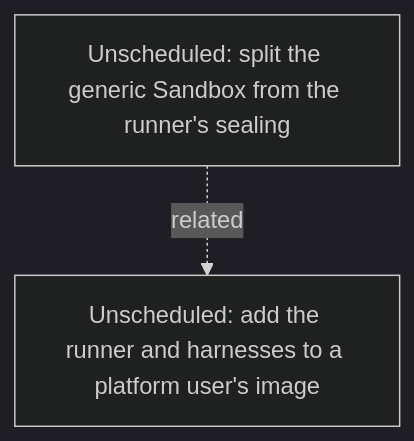
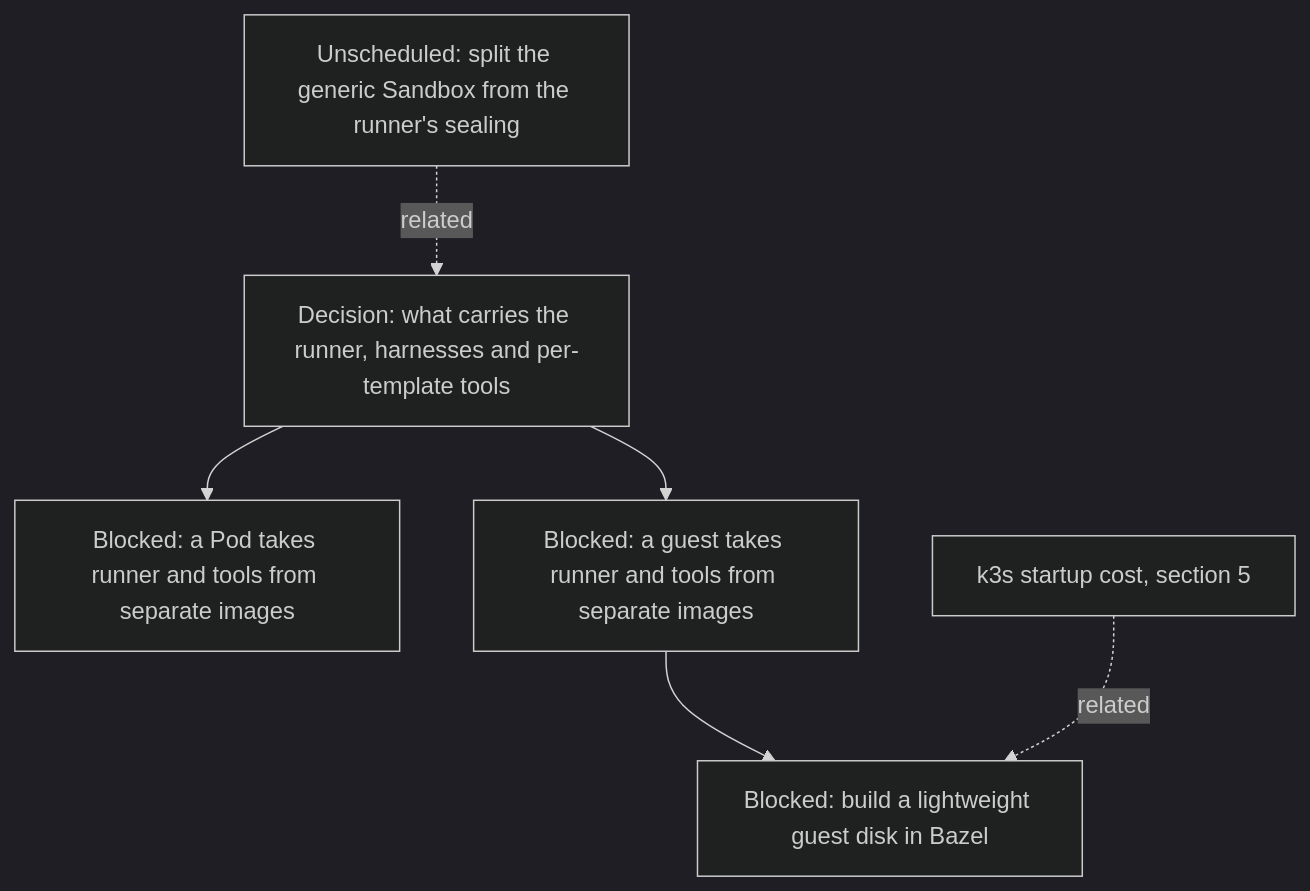
Before and after one commit to agentydragon-agent/ducktape: diagram 11 of 15 in agentplane/plans/task_dag.md, drawn with Mermaid (dark theme). The commit also changed other lines of this file, not shown here.

First line of the commit message:
docs(agentplane): add VM sizing, image-layering and Session-discovery DAG nodes (#10625)

````diff
--- a/agentplane/plans/task_dag.md
+++ b/agentplane/plans/task_dag.md
@@ -759,6 +844,10 @@
 ```mermaid
 flowchart TD
     SANDBOX_GENERIC_SPLIT[Unscheduled: split the generic Sandbox from the runner's sealing]
-    SANDBOX_RUNNER_LAYERING[Unscheduled: add the runner and harnesses to a platform user's image]
-    SANDBOX_GENERIC_SPLIT -. related .-> SANDBOX_RUNNER_LAYERING
+    RUNNER_IMAGE_LAYERING_DESIGN[Decision: what carries the runner, harnesses and per-template tools]
+    SANDBOX_GENERIC_SPLIT -. related .-> RUNNER_IMAGE_LAYERING_DESIGN
+    RUNNER_IMAGE_LAYERING_DESIGN --> RUNNER_LAYERING_POD[Blocked: a Pod takes runner and tools from separate images]
+    RUNNER_IMAGE_LAYERING_DESIGN --> RUNNER_LAYERING_VM[Blocked: a guest takes runner and tools from separate images]
+    RUNNER_LAYERING_VM --> K3S_VM_IMAGE[Blocked: build a lightweight guest disk in Bazel]
+    K3S_STARTUP_COST[k3s startup cost, section 5] -. related .-> K3S_VM_IMAGE
 ```
````
